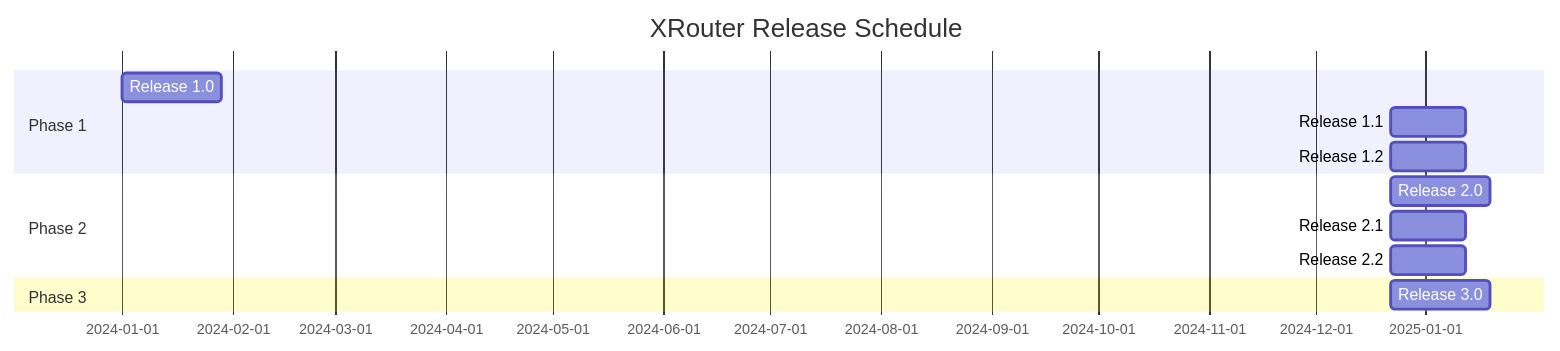
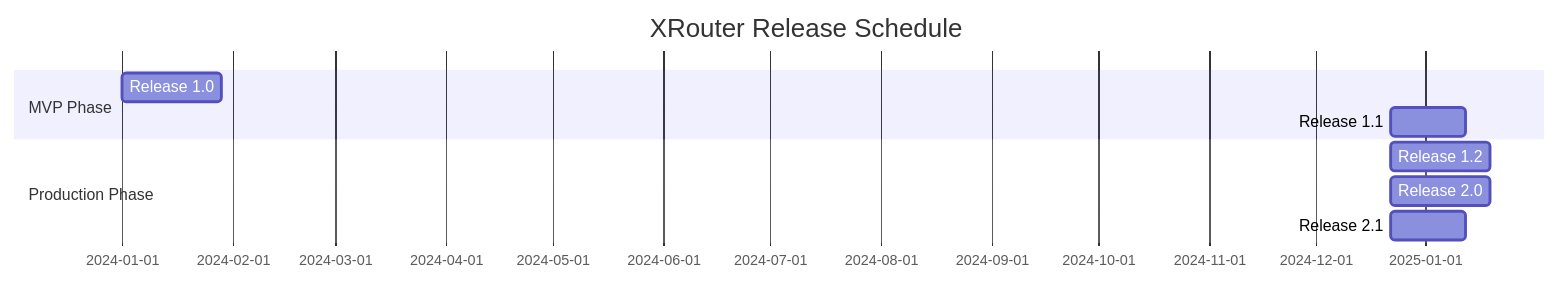
Before and after one commit to xrouter-ru/xrouter: the diagram in docs/roadmap/release-plan.md, drawn with Mermaid. The commit also changed other lines of this file and 2 other files, not shown here.

First line of the commit message:
docs: update roadmap for two-phase development

````diff
--- a/docs/roadmap/release-plan.md
+++ b/docs/roadmap/release-plan.md
@@ -158,15 +114,12 @@
 ```mermaid
 gantt
     title XRouter Release Schedule
     dateFormat  YYYY-MM-DD
-    section Phase 1
+    section MVP Phase
     Release 1.0    :2024-01-01, 4w
     Release 1.1    :after Release 1.0, 3w
-    Release 1.2    :after Release 1.1, 3w
-    section Phase 2
+    section Production Phase
+    Release 1.2    :after Release 1.1, 4w
     Release 2.0    :after Release 1.2, 4w
     Release 2.1    :after Release 2.0, 3w
-    Release 2.2    :after Release 2.1, 3w
-    section Phase 3
-    Release 3.0    :after Release 2.2, 4w
 ```
````
